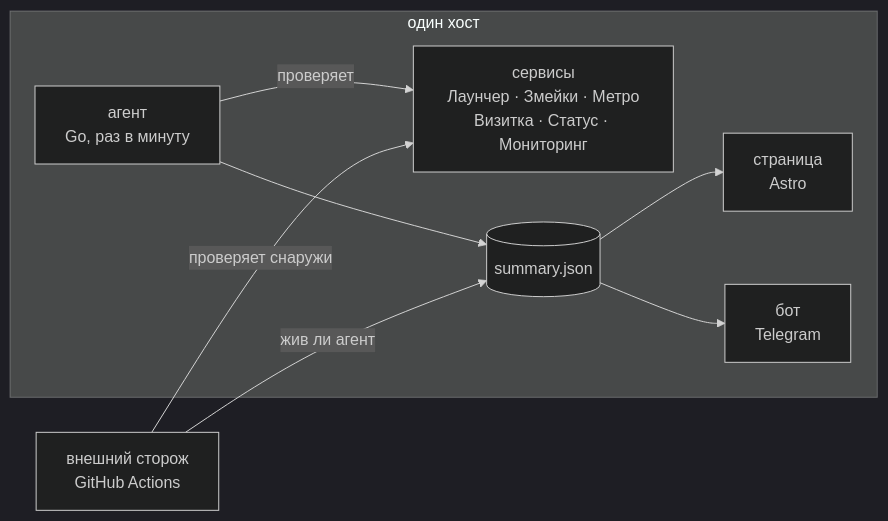
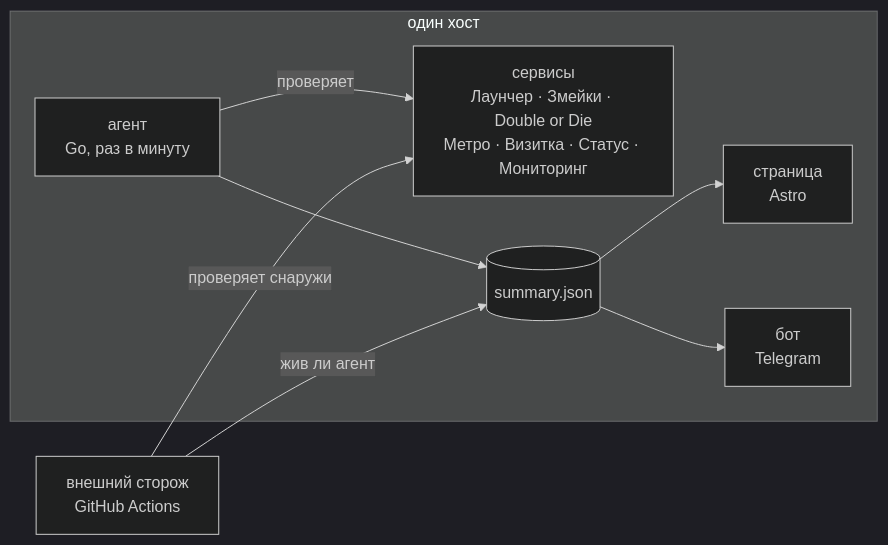
Before and after one commit to tr0llex/Samoy.love-Status: the diagram in README.md, drawn with Mermaid (dark theme). The commit also changed other lines of this file and 2 other files, not shown here.

Commit message:
Пересчитать проекты и проверки в документации после приезда Double or Die
Новый проект приехал в config/status.json, не тронув ни README, ни таблицу в
docs/CONFIG.md: в текстах осталось «11 проверок на пять проектов», а в списке
второстепенных — две из пяти. Числа в документации проверяются только глазами,
поэтому расходятся молча и накапливаются.

Заодно на схеме появился сам Double or Die: подпись перечисляет сервисы
поимённо, и отсутствующий в ней проект читается как «за ним не следят».

````diff
--- a/README.md
+++ b/README.md
@@ -24,17 +24,17 @@
 ```mermaid
 flowchart LR
     subgraph host["один хост"]
-        svc["сервисы<br/>Лаунчер · Змейки · Метро<br/>Визитка · Статус · Мониторинг"]
+        svc["сервисы<br/>Лаунчер · Змейки · Double or Die<br/>Метро · Визитка · Статус · Мониторинг"]
         agent["агент<br/>Go, раз в минуту"]
         json[("summary.json")]
         page["страница<br/>Astro"]
         bot["бот<br/>Telegram"]
         agent -->|проверяет| svc
         agent --> json
         json --> page
         json --> bot
     end
     watch["внешний сторож<br/>GitHub Actions"]
     watch -->|проверяет снаружи| svc
     watch -->|жив ли агент| json
 ```
````
